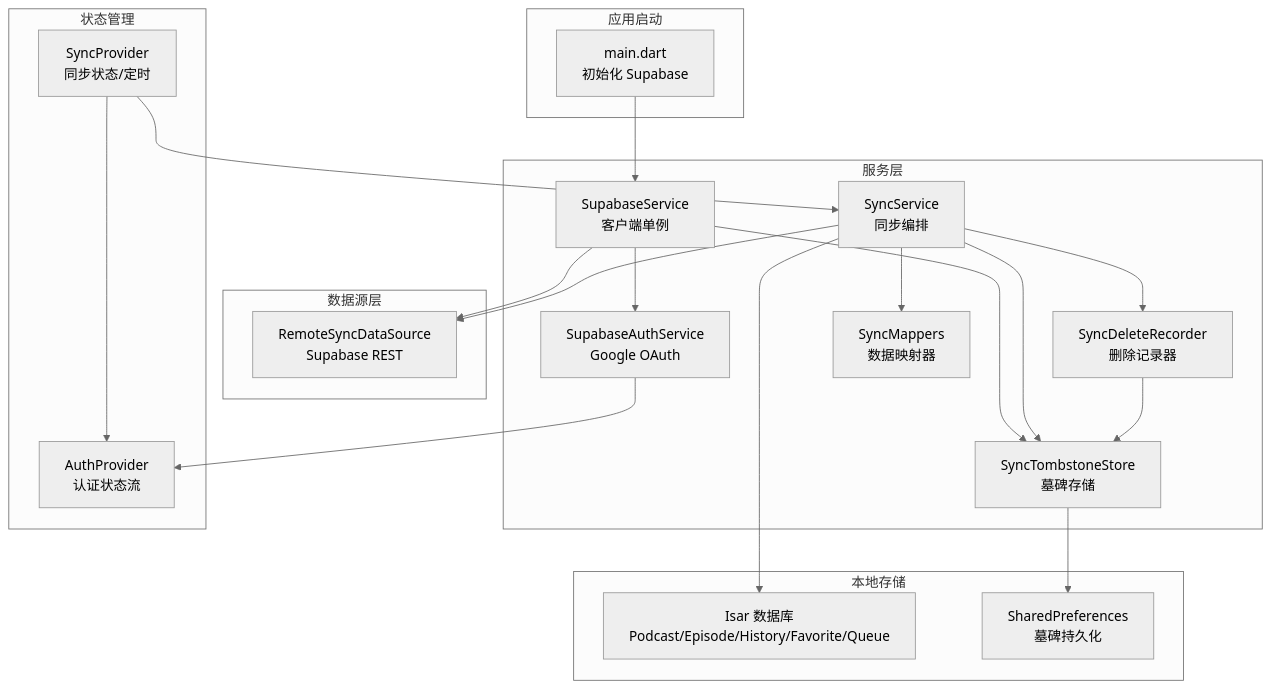
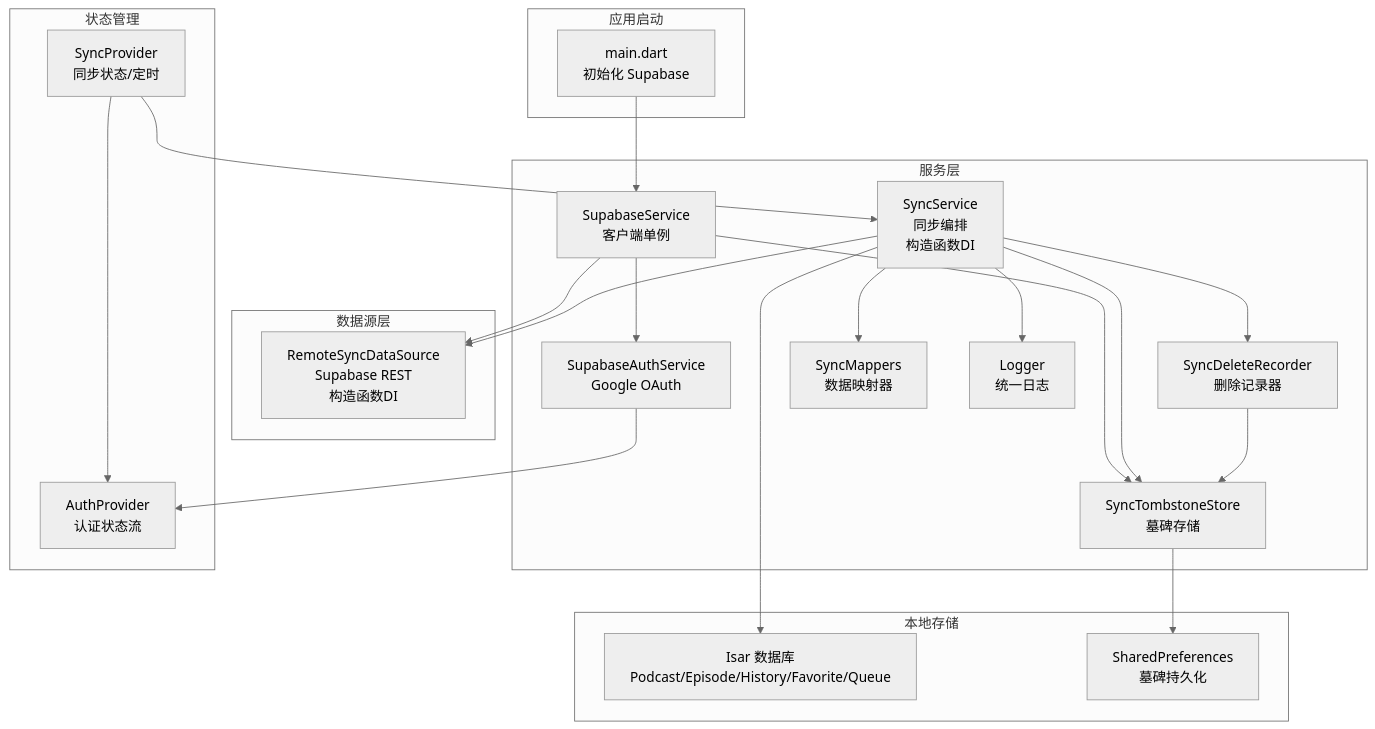
Before and after one commit to ZTfer/Tinycast: the first of 7 diagrams in .qoder/repowiki/zh/content/核心功能模块/云同步功能.md, drawn with Mermaid (neutral theme). The commit also changed other lines of this file and 7 other files, not shown here.

````diff
--- a/.qoder/repowiki/zh/content/核心功能模块/云同步功能.md
+++ b/.qoder/repowiki/zh/content/核心功能模块/云同步功能.md
@@ -54,39 +58,41 @@
 ```mermaid
 graph TB
 subgraph "应用启动"
 Main["main.dart<br/>初始化 Supabase"]
 end
 subgraph "服务层"
 SupabaseSvc["SupabaseService<br/>客户端单例"]
 AuthSvc["SupabaseAuthService<br/>Google OAuth"]
-SyncSvc["SyncService<br/>同步编排"]
+SyncSvc["SyncService<br/>同步编排<br/>构造函数DI"]
 DeleteRecorder["SyncDeleteRecorder<br/>删除记录器"]
 TombstoneStore["SyncTombstoneStore<br/>墓碑存储"]
 Mappers["SyncMappers<br/>数据映射器"]
+Logger["Logger<br/>统一日志"]
 end
 subgraph "数据源层"
-RemoteDS["RemoteSyncDataSource<br/>Supabase REST"]
+RemoteDS["RemoteSyncDataSource<br/>Supabase REST<br/>构造函数DI"]
 end
 subgraph "状态管理"
 AuthProv["AuthProvider<br/>认证状态流"]
 SyncProv["SyncProvider<br/>同步状态/定时"]
 end
 subgraph "本地存储"
 IsarDB["Isar 数据库<br/>Podcast/Episode/History/Favorite/Queue"]
 Prefs["SharedPreferences<br/>墓碑持久化"]
 end
 Main --> SupabaseSvc
 SupabaseSvc --> AuthSvc
 SupabaseSvc --> RemoteDS
 SupabaseSvc --> TombstoneStore
 AuthSvc --> AuthProv
 SyncSvc --> RemoteDS
 SyncSvc --> IsarDB
 SyncSvc --> DeleteRecorder
 SyncSvc --> TombstoneStore
 SyncSvc --> Mappers
+SyncSvc --> Logger
 DeleteRecorder --> TombstoneStore
 TombstoneStore --> Prefs
 SyncProv --> SyncSvc
 SyncProv --> AuthProv
 ```
````
